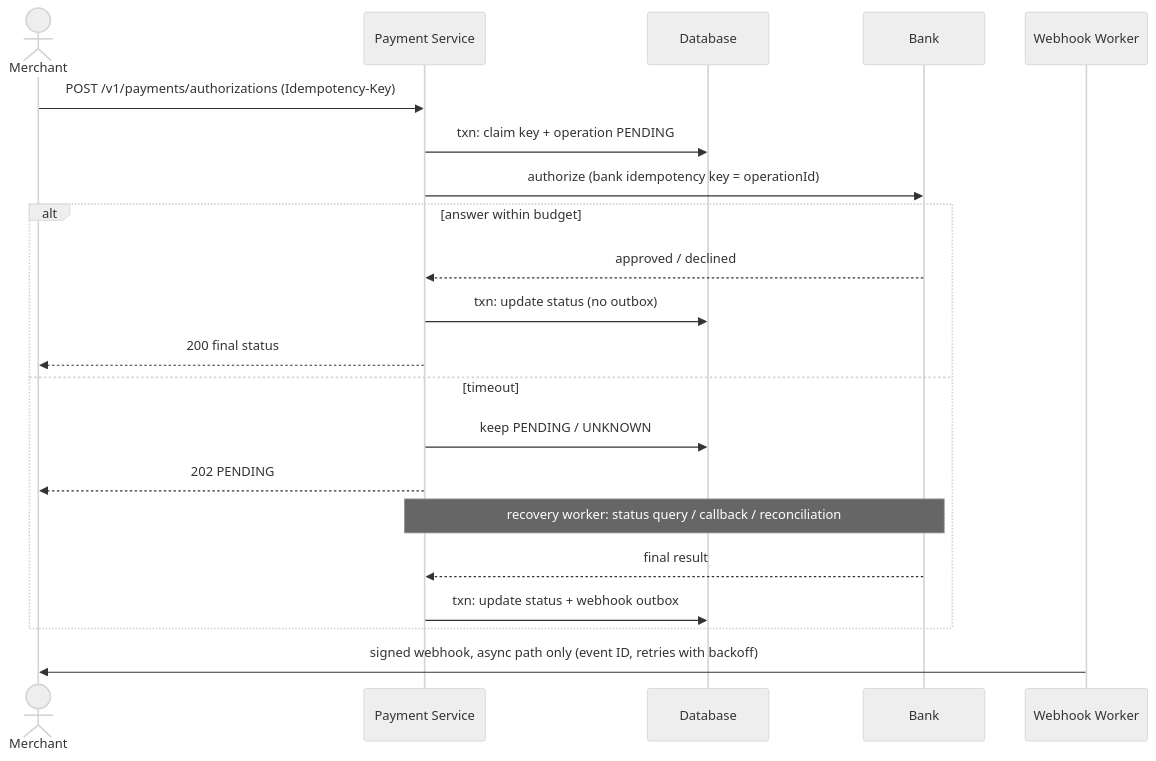
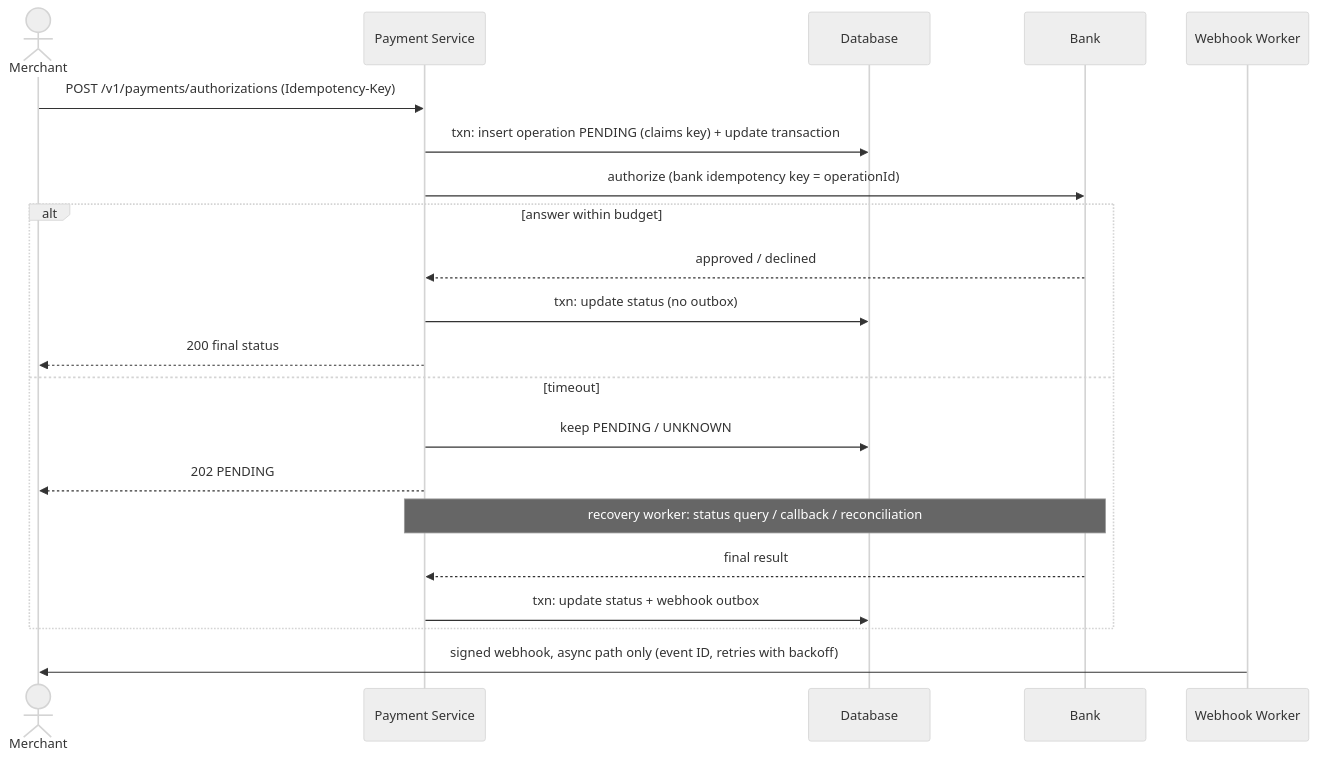
One commit to lingyun3730/future changed the third of 4 diagrams in system-design-prep.md. Above: the diagram before and after it, drawn with Mermaid (neutral theme). The commit also changed other lines of this file, not shown here.

Commit message:
Reduce to three core tables: transaction, operation (with idempotency), webhook_outbox

````diff
--- a/system-design-prep.md
+++ b/system-design-prep.md
@@ -764,24 +757,24 @@
 ```mermaid
 sequenceDiagram
     actor M as Merchant
     participant API as Payment Service
     participant DB as Database
     participant BK as Bank
     participant WW as Webhook Worker
 
     M->>API: POST /v1/payments/authorizations (Idempotency-Key)
-    API->>DB: txn: claim key + operation PENDING
+    API->>DB: txn: insert operation PENDING (claims key) + update transaction
     API->>BK: authorize (bank idempotency key = operationId)
     alt answer within budget
         BK-->>API: approved / declined
         API->>DB: txn: update status (no outbox)
         API-->>M: 200 final status
     else timeout
         API->>DB: keep PENDING / UNKNOWN
         API-->>M: 202 PENDING
         Note over API,BK: recovery worker: status query / callback / reconciliation
         BK-->>API: final result
         API->>DB: txn: update status + webhook outbox
     end
     WW->>M: signed webhook, async path only (event ID, retries with backoff)
 ```
````
